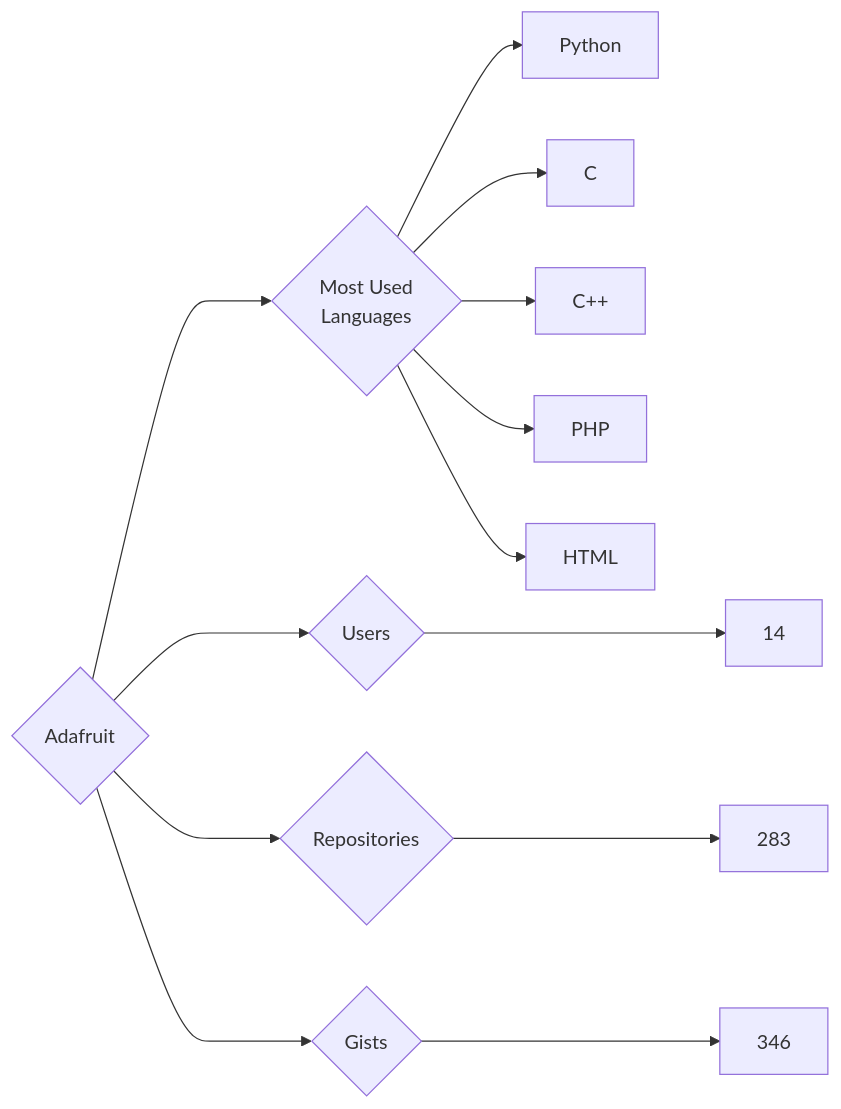
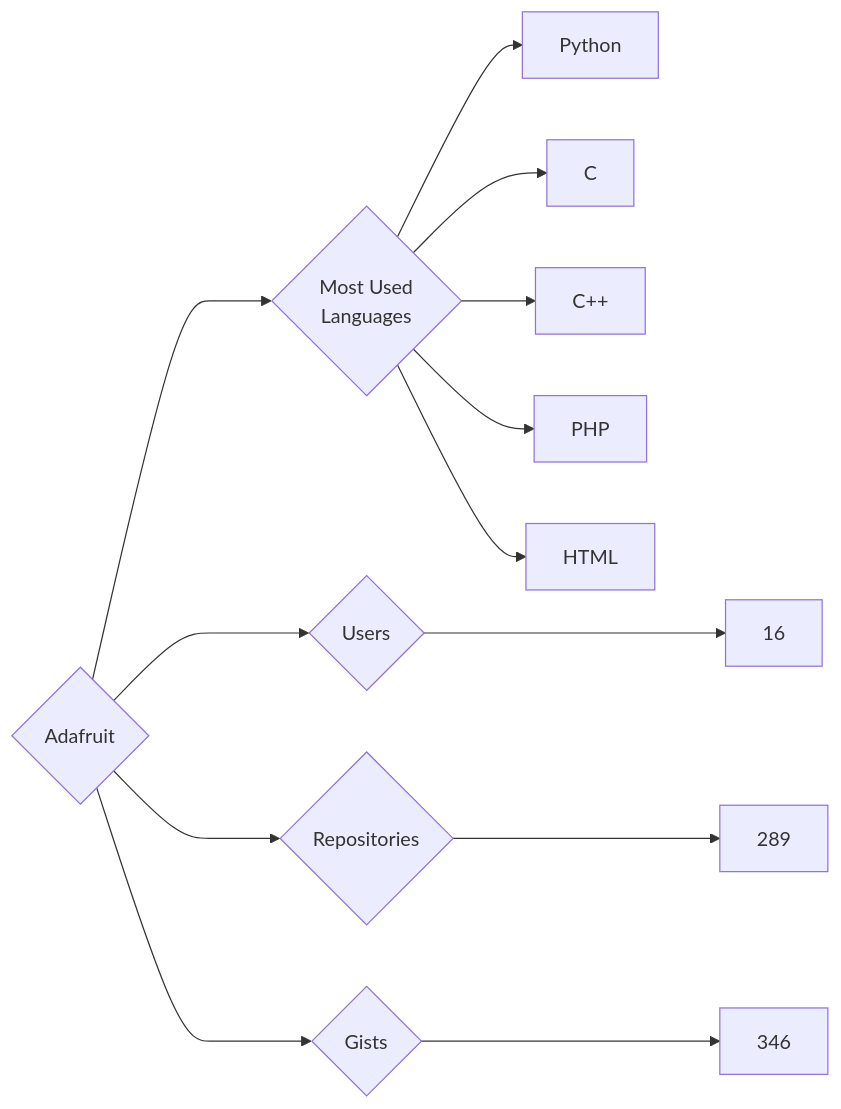
The diagram in targets/Adafruit/README.md (trickest/insiders), drawn with Mermaid before and after one commit. The commit also changed 944 other files, not shown here.

````diff
--- a/targets/Adafruit/README.md
+++ b/targets/Adafruit/README.md
@@ -3,13 +3,13 @@
 ```mermaid
 graph LR
 COMPANY_NAME{Adafruit}
-COMPANY_NAME ---> U{Users} ---> UN[14]
-COMPANY_NAME ---> R{Repositories} ---> RN[283]
+COMPANY_NAME ---> U{Users} ---> UN[16]
+COMPANY_NAME ---> R{Repositories} ---> RN[289]
 COMPANY_NAME ---> G{Gists} ---> GN[346]
 COMPANY_NAME ---> ML{Most Used<br>Languages}
 ML --> Python[Python]
 ML --> C[C]
 ML --> C++[C++]
 ML --> PHP[PHP]
 ML --> HTML[HTML]
 ```
````
